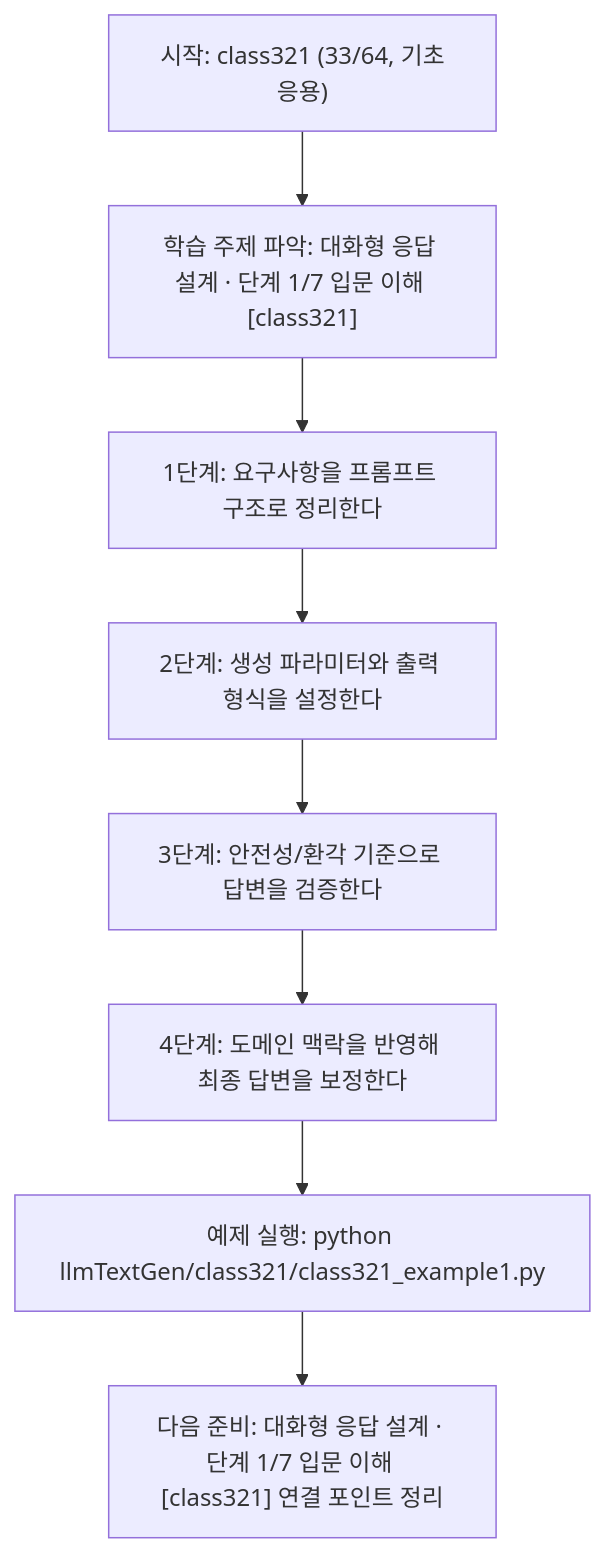
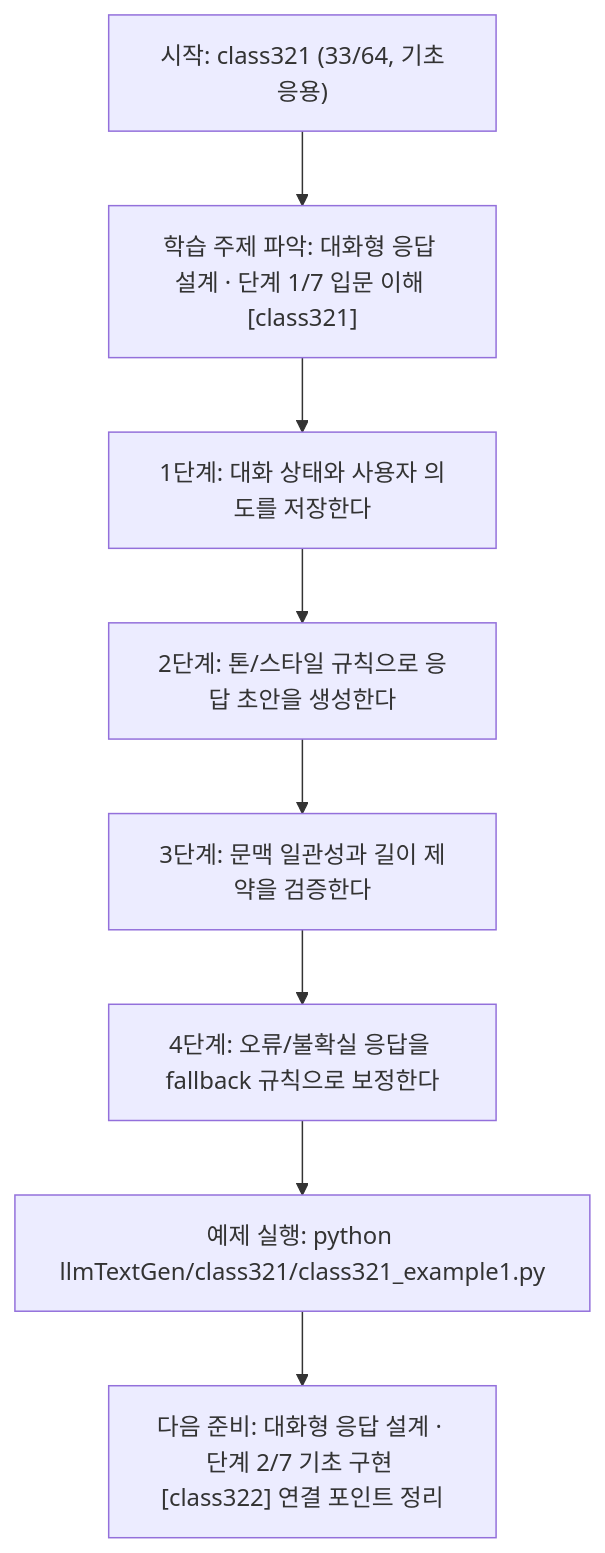
One commit to edumgt/Python-AI_Agent-Class changed the diagram in llmTextGen/class321/class321.md. Above: the diagram before and after it, drawn with Mermaid. The commit also changed other lines of this file and 451 other files, not shown here.

````diff
--- a/llmTextGen/class321/class321.md
+++ b/llmTextGen/class321/class321.md
@@ -114,18 +95,18 @@
 ```mermaid
 flowchart TD
 N1["시작: class321 (33/64, 기초응용)"]
 N2["학습 주제 파악: 대화형 응답 설계 · 단계 1/7 입문 이해 [class321]"]
-N3["1단계: 요구사항을 프롬프트 구조로 정리한다"]
-N4["2단계: 생성 파라미터와 출력 형식을 설정한다"]
-N5["3단계: 안전성/환각 기준으로 답변을 검증한다"]
-N6["4단계: 도메인 맥락을 반영해 최종 답변을 보정한다"]
+N3["1단계: 대화 상태와 사용자 의도를 저장한다"]
+N4["2단계: 톤/스타일 규칙으로 응답 초안을 생성한다"]
+N5["3단계: 문맥 일관성과 길이 제약을 검증한다"]
+N6["4단계: 오류/불확실 응답을 fallback 규칙으로 보정한다"]
 N7["예제 실행: python llmTextGen/class321/class321_example1.py"]
-N8["다음 준비: 대화형 응답 설계 · 단계 1/7 입문 이해 [class321] 연결 포인트 정리"]
+N8["다음 준비: 대화형 응답 설계 · 단계 2/7 기초 구현 [class322] 연결 포인트 정리"]
 N1 --> N2
 N2 --> N3
 N3 --> N4
 N4 --> N5
 N5 --> N6
 N6 --> N7
 N7 --> N8
 ```
````
